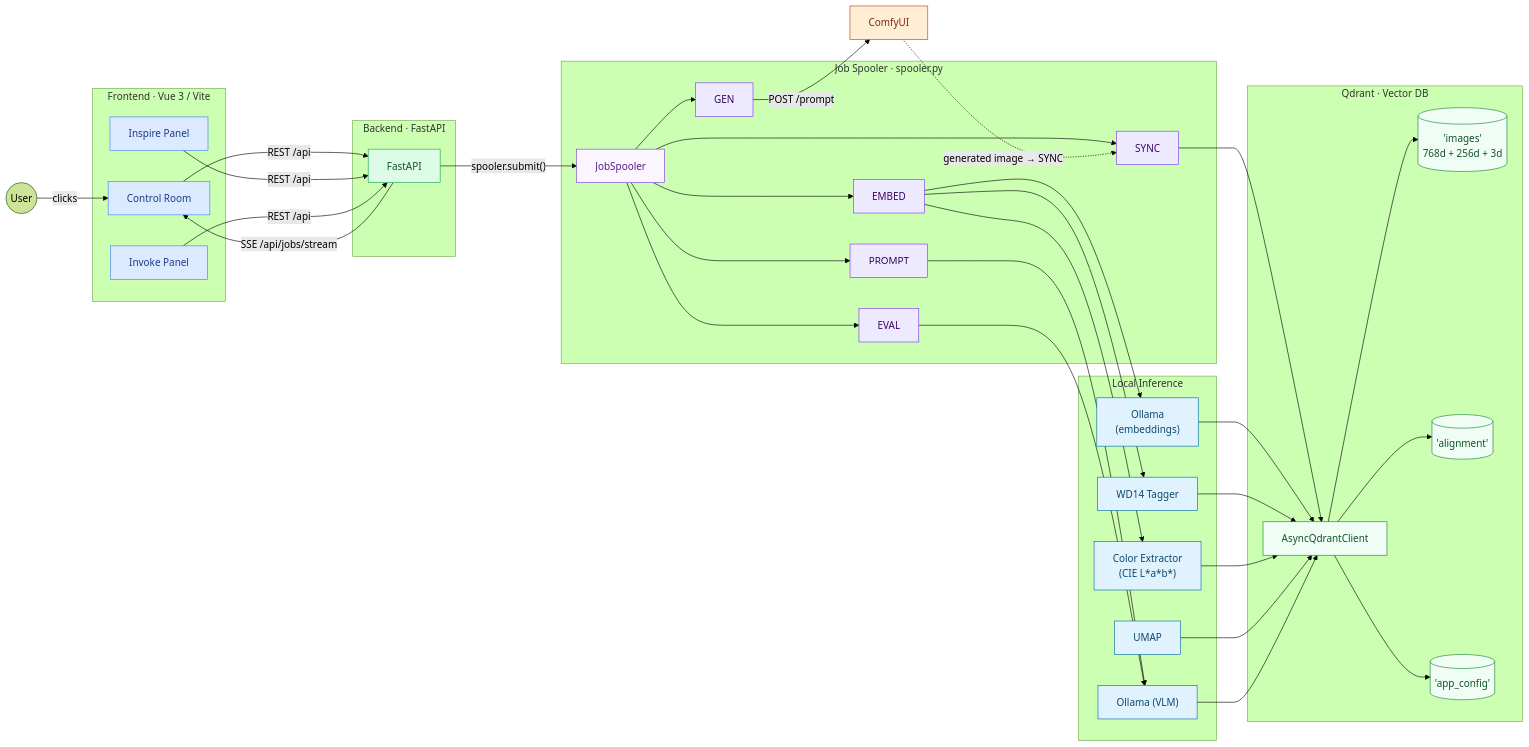
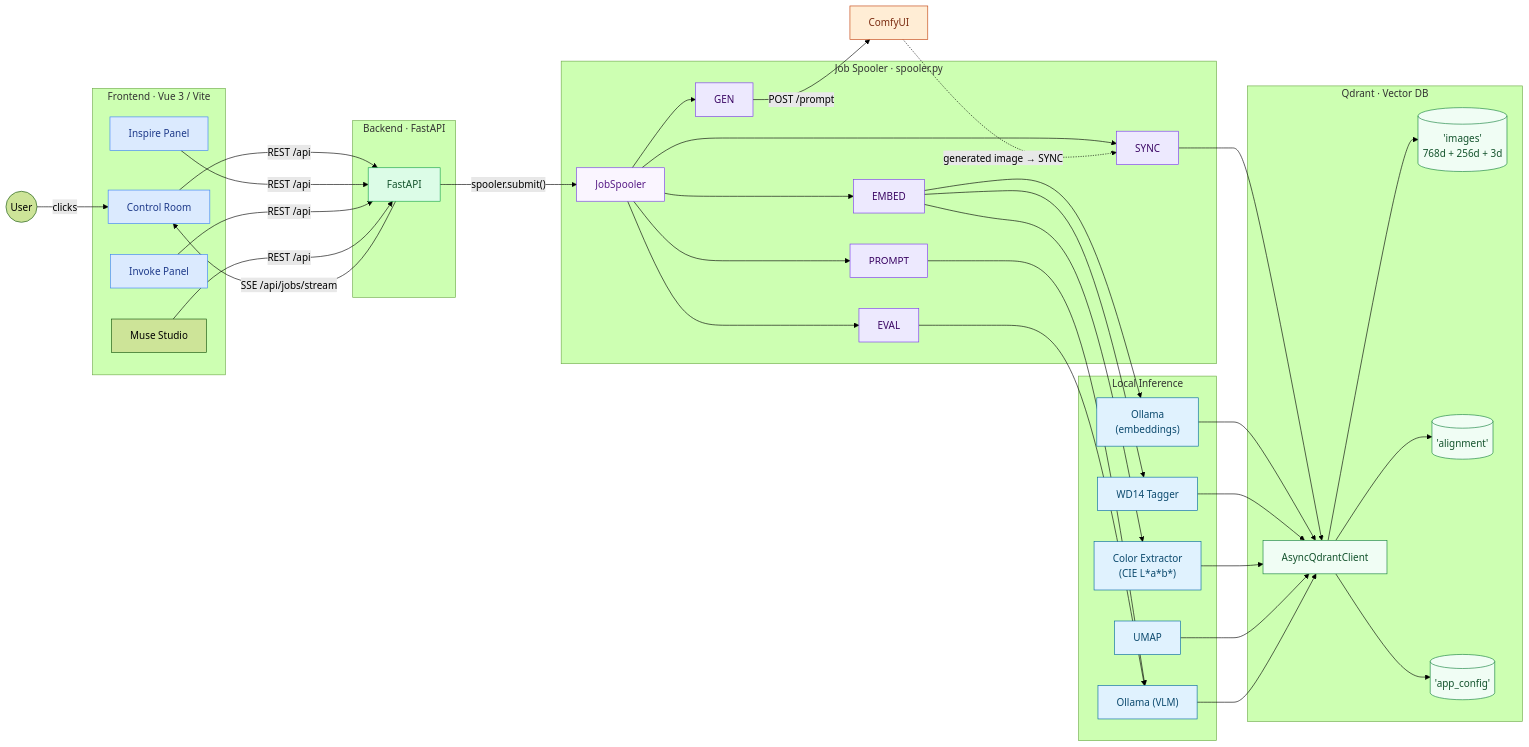
The first of 2 diagrams in README.ja.md (ranbell/ranbell_image), drawn with Mermaid (forest theme) before and after one commit. The commit also changed other lines of this file and 348 other files, not shown here.

````diff
--- a/README.ja.md
+++ b/README.ja.md
@@ -255,70 +311,71 @@
 ```mermaid
 graph LR
     User(("User"))
 
     subgraph FE ["Frontend · Vue 3 / Vite"]
         UI["Control Room"]
         IP["Inspire Panel"]
         INV["Invoke Panel"]
+        MUSE["Muse Studio"]
     end
 
     subgraph BE ["Backend · FastAPI"]
         API["FastAPI"]
     end
 
     subgraph SP ["Job Spooler · spooler.py"]
         Spl["JobSpooler"]
         SYNC["SYNC"]
         EMBED["EMBED"]
         GEN_L["GEN"]
         PROMPT_L["PROMPT"]
         EVAL_L["EVAL"]
     end
 
     subgraph INF ["Local Inference"]
         EMB["Ollama<br/>(embeddings)"]
         VLM_N["Ollama (VLM)"]
         WD14_N["WD14 Tagger"]
         LAB_N["Color Extractor<br/>(CIE L*a*b*)"]
         UMAP_N["UMAP"]
     end
 
     COMFY_N["ComfyUI"]
 
     subgraph DB ["Qdrant · Vector DB"]
         QC["AsyncQdrantClient"]
         IMG[("'images'<br/>768d + 256d + 3d")]
         ALN[("'alignment'")]
         CFG[("'app_config'")]
     end
 
     User -->|"clicks"| UI
-    UI & IP & INV -- "REST /api" --> API
+    UI & IP & INV & MUSE -- "REST /api" --> API
     API -- "SSE /api/jobs/stream" --> UI
     API -- "spooler.submit()" --> Spl
     Spl --> SYNC & EMBED & GEN_L & PROMPT_L & EVAL_L
     SYNC --> QC
     EMBED --> EMB & WD14_N & LAB_N
     GEN_L -- "POST /prompt" --> COMFY_N
     PROMPT_L & EVAL_L --> VLM_N
     EMB & WD14_N & LAB_N & UMAP_N --> QC
     VLM_N --> QC
     COMFY_N -.->|"generated image → SYNC"| SYNC
     QC --> IMG & ALN & CFG
 
     classDef fe fill:#dbeafe,stroke:#3b82f6,color:#1e3a8a
     classDef api fill:#dcfce7,stroke:#16a34a,color:#14532d
     classDef spooler fill:#faf5ff,stroke:#7c3aed,color:#581c87
     classDef lane fill:#ede9fe,stroke:#7c3aed,color:#3b0764
     classDef infer fill:#e0f2fe,stroke:#0369a1,color:#0c4a6e
     classDef gen fill:#ffedd5,stroke:#c2410c,color:#7c2d12
     classDef db fill:#f0fdf4,stroke:#15803d,color:#14532d
 
     class UI,IP,INV fe
     class API api
     class Spl spooler
     class SYNC,EMBED,GEN_L,PROMPT_L,EVAL_L lane
     class EMB,VLM_N,WD14_N,LAB_N,UMAP_N infer
     class COMFY_N gen
     class QC,IMG,ALN,CFG db
 ```
````
